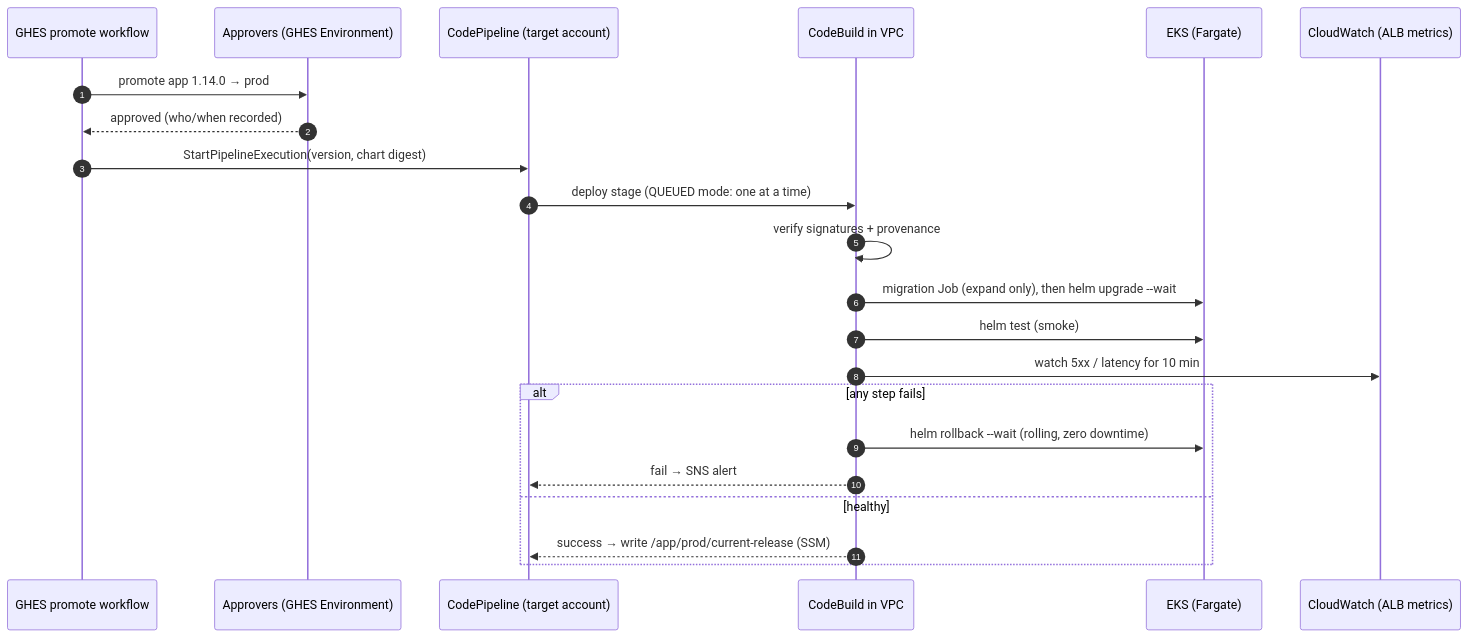
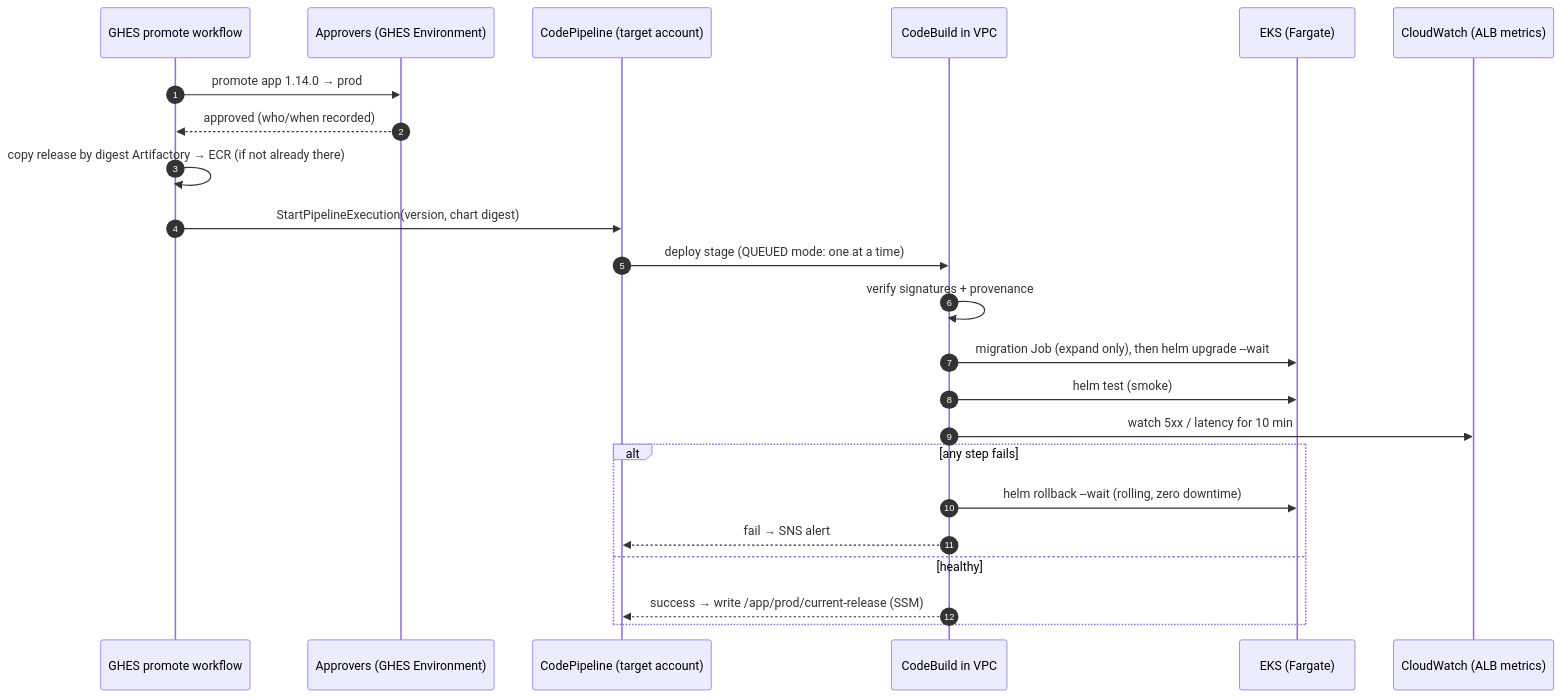
The second of 2 diagrams in PROPOSAL.md (sholtomaud/GHES-EKS-zero-downtime-deployments), drawn with Mermaid before and after one commit. The commit also changed other lines of this file and 1 other file, not shown here.

First line of the commit message:
Proposal v5: on-prem Artifactory, ECR release cache, on-prem customers

````diff
--- a/PROPOSAL.md
+++ b/PROPOSAL.md
@@ -187,24 +233,25 @@
 ```mermaid
 sequenceDiagram
   autonumber
   participant G as GHES promote workflow
   participant R as Approvers (GHES Environment)
   participant P as CodePipeline (target account)
   participant B as CodeBuild in VPC
   participant K as EKS (Fargate)
   participant W as CloudWatch (ALB metrics)
   G->>R: promote app 1.14.0 → prod
   R-->>G: approved (who/when recorded)
+  G->>G: copy release by digest Artifactory → ECR (if not already there)
   G->>P: StartPipelineExecution(version, chart digest)
   P->>B: deploy stage (QUEUED mode: one at a time)
   B->>B: verify signatures + provenance
   B->>K: migration Job (expand only), then helm upgrade --wait
   B->>K: helm test (smoke)
   B->>W: watch 5xx / latency for 10 min
   alt any step fails
     B->>K: helm rollback --wait (rolling, zero downtime)
     B-->>P: fail → SNS alert
   else healthy
     B-->>P: success → write /app/prod/current-release (SSM)
   end
 ```
````
